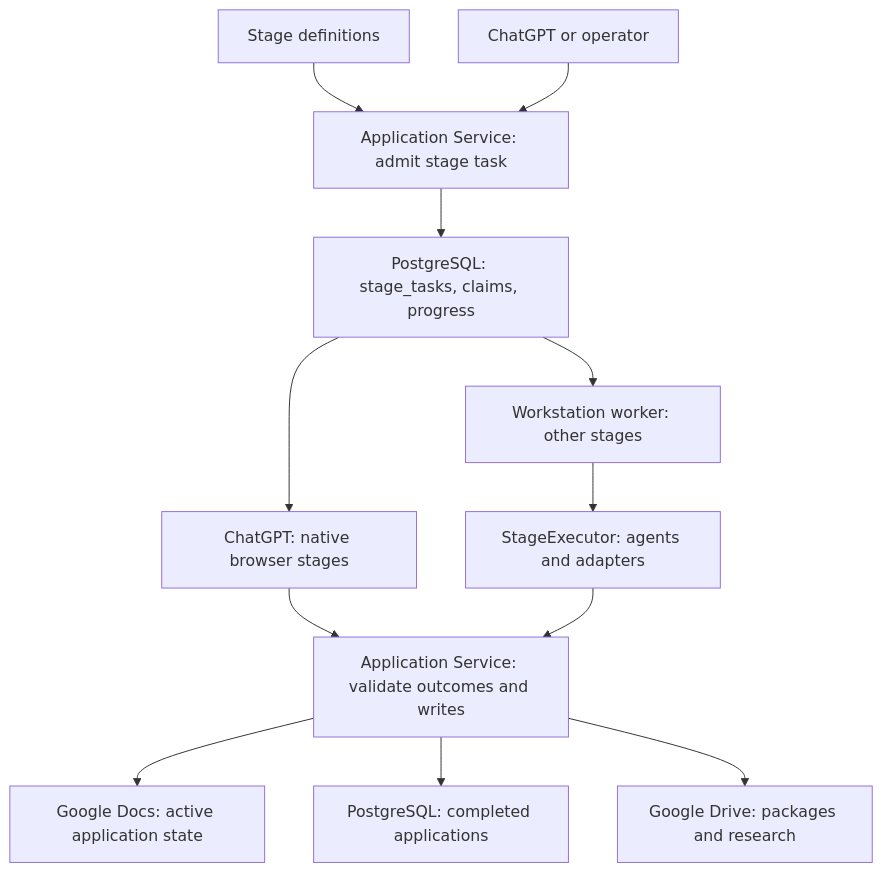
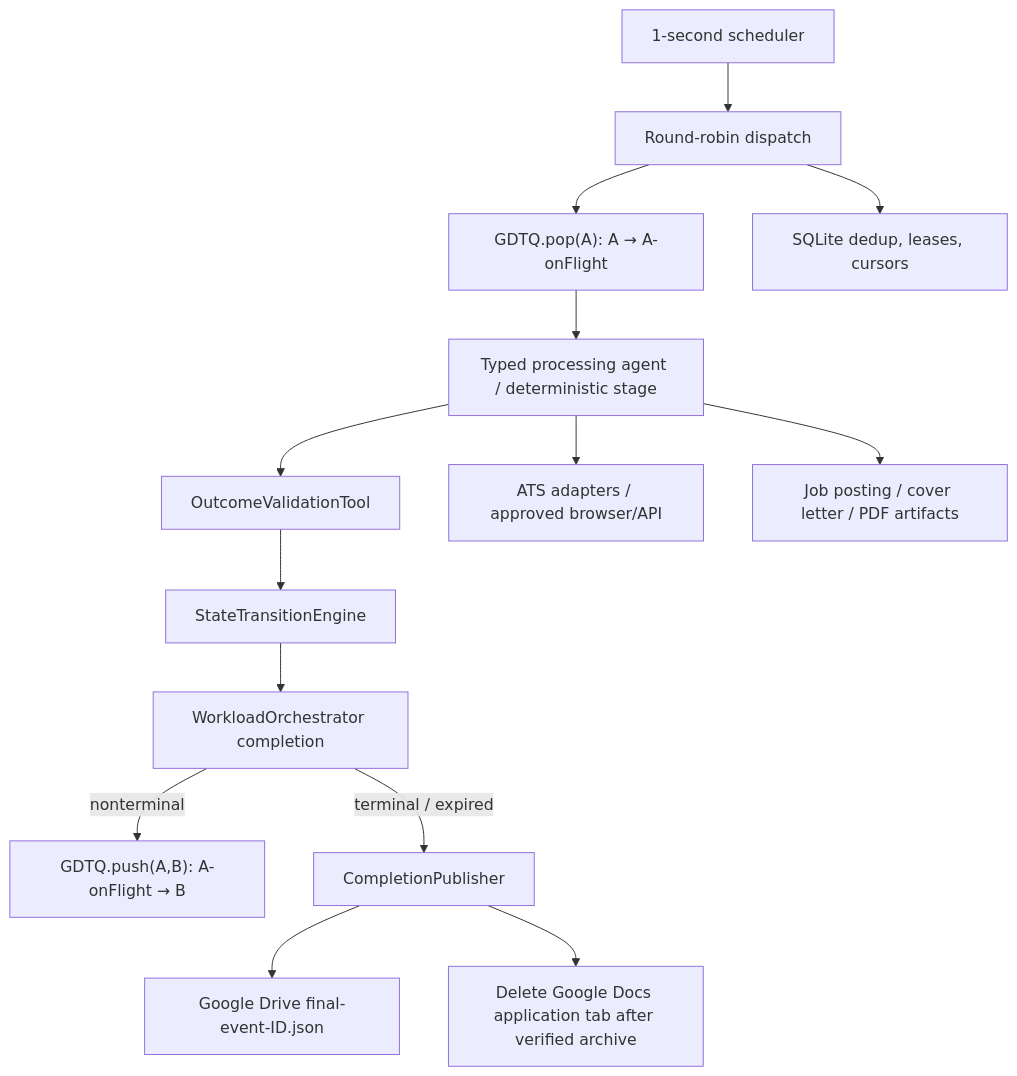
One commit to assafep/ai-job-search-system changed the diagram in docs/architecture.md. Above: the diagram before and after it, drawn with Mermaid. The commit also changed other lines of this file and 20 other files, not shown here.

Commit message:
Make GDTQ canonical; replace obsolete architecture docs and remove tracked experiments

````diff
--- a/docs/architecture.md
+++ b/docs/architecture.md
@@ -30,14 +5,16 @@
 ```mermaid
-flowchart TB
-    DEFINITIONS["Stage definitions"] --> ADMISSION["Application Service: admit stage task"]
-    CLIENT["ChatGPT or operator"] --> ADMISSION
-    ADMISSION --> TASKS["PostgreSQL: stage_tasks, claims, progress"]
-    TASKS --> NATIVE["ChatGPT: native browser stages"]
-    TASKS --> WORKER["Workstation worker: other stages"]
-    NATIVE --> SERVICE["Application Service: validate outcomes and writes"]
-    WORKER --> EXECUTOR["StageExecutor: agents and adapters"]
-    EXECUTOR --> SERVICE
-    SERVICE --> JOURNAL["Google Docs: active application state"]
-    SERVICE --> ARCHIVE["PostgreSQL: completed applications"]
-    SERVICE --> DRIVE["Google Drive: packages and research"]
+flowchart TD
+  Clock["1-second scheduler"] --> RR["Round-robin dispatch"]
+  RR --> Q["GDTQ.pop(A): A → A-onFlight"]
+  Q --> Worker["Typed processing agent / deterministic stage"]
+  Worker --> Validator["OutcomeValidationTool"]
+  Validator --> Engine["StateTransitionEngine"]
+  Engine --> Orchestrator["WorkloadOrchestrator completion"]
+  Orchestrator -->|nonterminal| Push["GDTQ.push(A,B): A-onFlight → B"]
+  Orchestrator -->|terminal / expired| Completion["CompletionPublisher"]
+  Completion --> Drive["Google Drive final-event-ID.json"]
+  Completion --> Remove["Delete Google Docs application tab after verified archive"]
+  RR --> SQLite["SQLite dedup, leases, cursors"]
+  Worker --> ATS["ATS adapters / approved browser/API"]
+  Worker --> Artifacts["Job posting / cover letter / PDF artifacts"]
 ```
````
